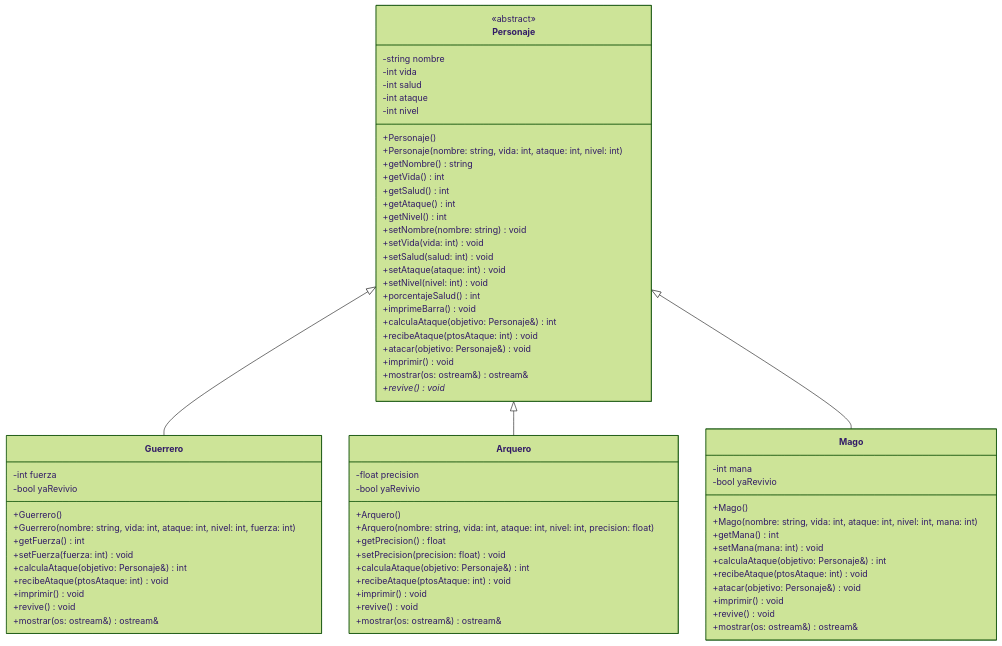
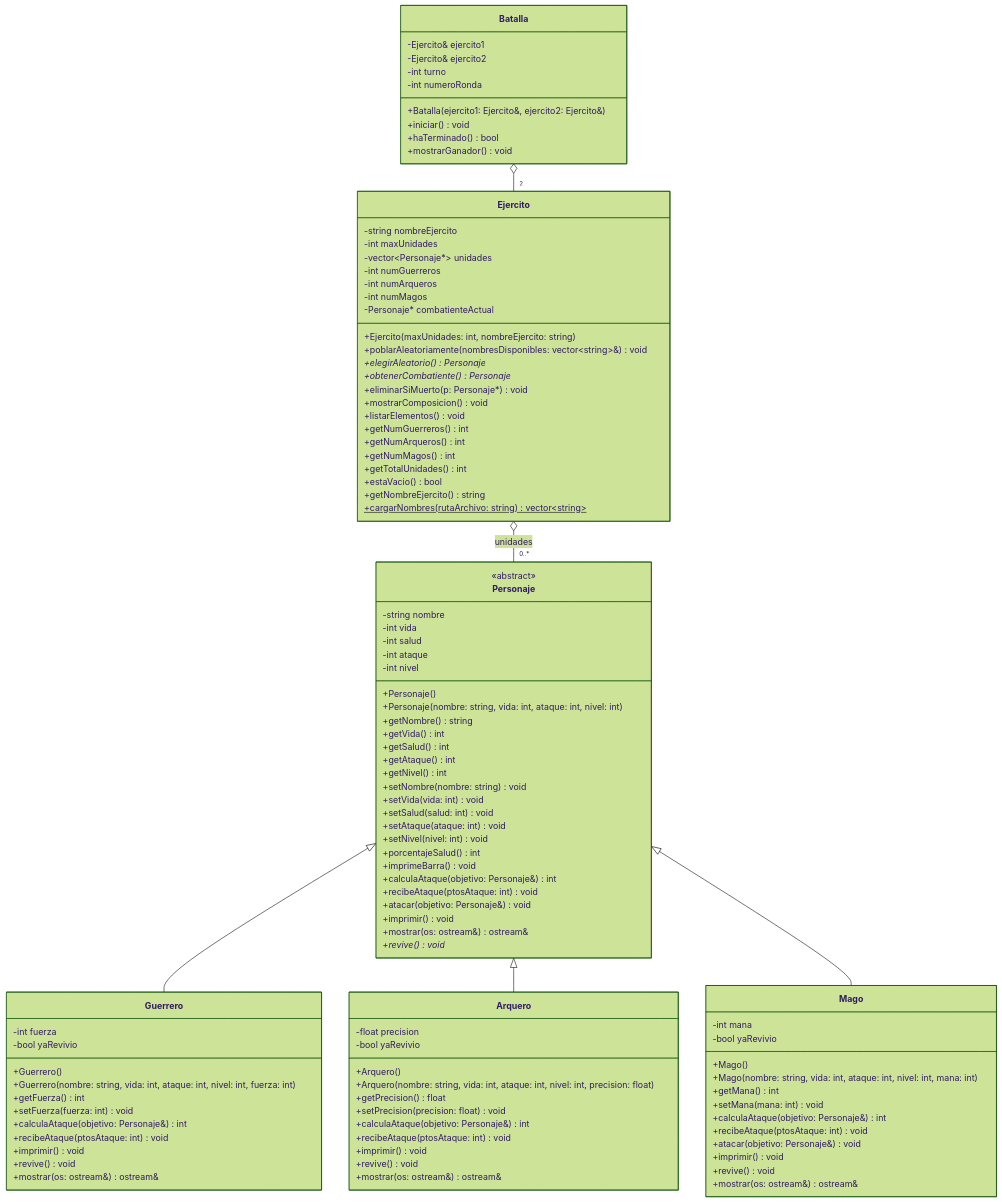
Before and after one commit to leonguevara/proyecto_502038_tc1030_v26: the diagram in assignments/Proyecto/README.md, drawn with Mermaid (forest theme). The commit also changed other lines of this file and 6 other files, not shown here.

````diff
--- a/assignments/Proyecto/README.md
+++ b/assignments/Proyecto/README.md
@@ -74,7 +74,44 @@
         +mostrar(os: ostream&) ostream&
     }
 
+    class Ejercito {
+        -string nombreEjercito
+        -int maxUnidades
+        -vector~Personaje*~ unidades
+        -int numGuerreros
+        -int numArqueros
+        -int numMagos
+        -Personaje* combatienteActual
+        +Ejercito(maxUnidades: int, nombreEjercito: string)
+        +poblarAleatoriamente(nombresDisponibles: vector~string~&) void
+        +elegirAleatorio() Personaje*
+        +obtenerCombatiente() Personaje*
+        +eliminarSiMuerto(p: Personaje*) void
+        +mostrarComposicion() void
+        +listarElementos() void
+        +getNumGuerreros() int
+        +getNumArqueros() int
+        +getNumMagos() int
+        +getTotalUnidades() int
+        +estaVacio() bool
+        +getNombreEjercito() string
+        +cargarNombres(rutaArchivo: string)$ vector~string~
+    }
+
+    class Batalla {
+        -Ejercito& ejercito1
+        -Ejercito& ejercito2
+        -int turno
+        -int numeroRonda
+        +Batalla(ejercito1: Ejercito&, ejercito2: Ejercito&)
+        +iniciar() void
+        +haTerminado() bool
+        +mostrarGanador() void
+    }
+
     Personaje <|-- Guerrero
     Personaje <|-- Arquero
     Personaje <|-- Mago
+    Ejercito o-- "0..*" Personaje : unidades
+    Batalla o-- "2" Ejercito
 ```
````
